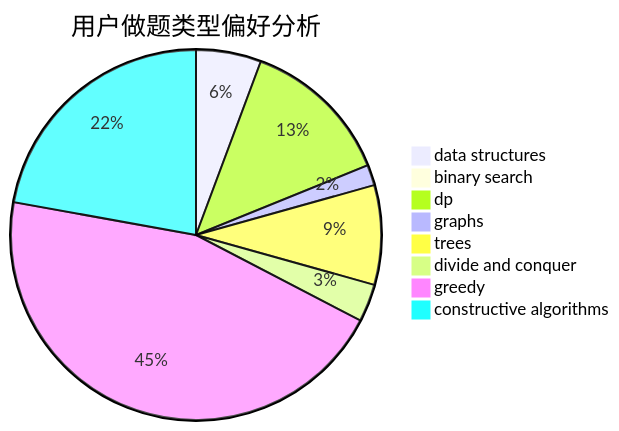
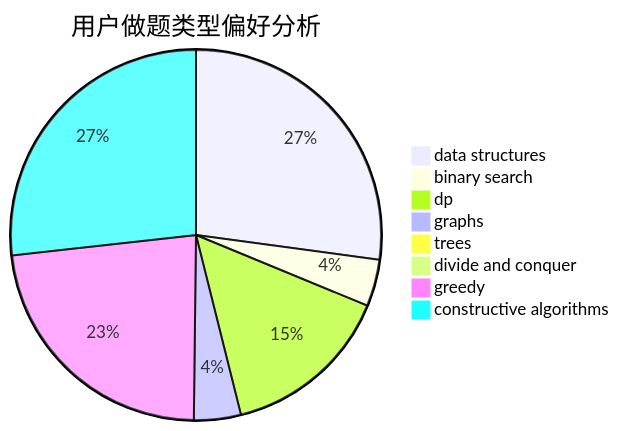
The second of 3 diagrams in docs/user/u2133.md (sherpahu/cfrs.github.io), drawn with Mermaid before and after one commit. The commit also changed other lines of this file and 2770 other files, not shown here.

````diff
--- a/docs/user/u2133.md
+++ b/docs/user/u2133.md
@@ -23,11 +23,11 @@
 ```mermaid
 pie title 用户做题类型偏好分析
-    "data structures" :  19
-    "binary search" :  0
-    "dp" :  44
-    "graphs" :  6
-    "trees" :  29
-    "divide and conquer" :  11
-    "greedy" :  151
-    "constructive algorithms" :  74
+    "data structures" :  73
+    "binary search" :  11
+    "dp" :  40
+    "graphs" :  11
+    "trees" :  0
+    "divide and conquer" :  0
+    "greedy" :  62
+    "constructive algorithms" :  72
 ```
````
